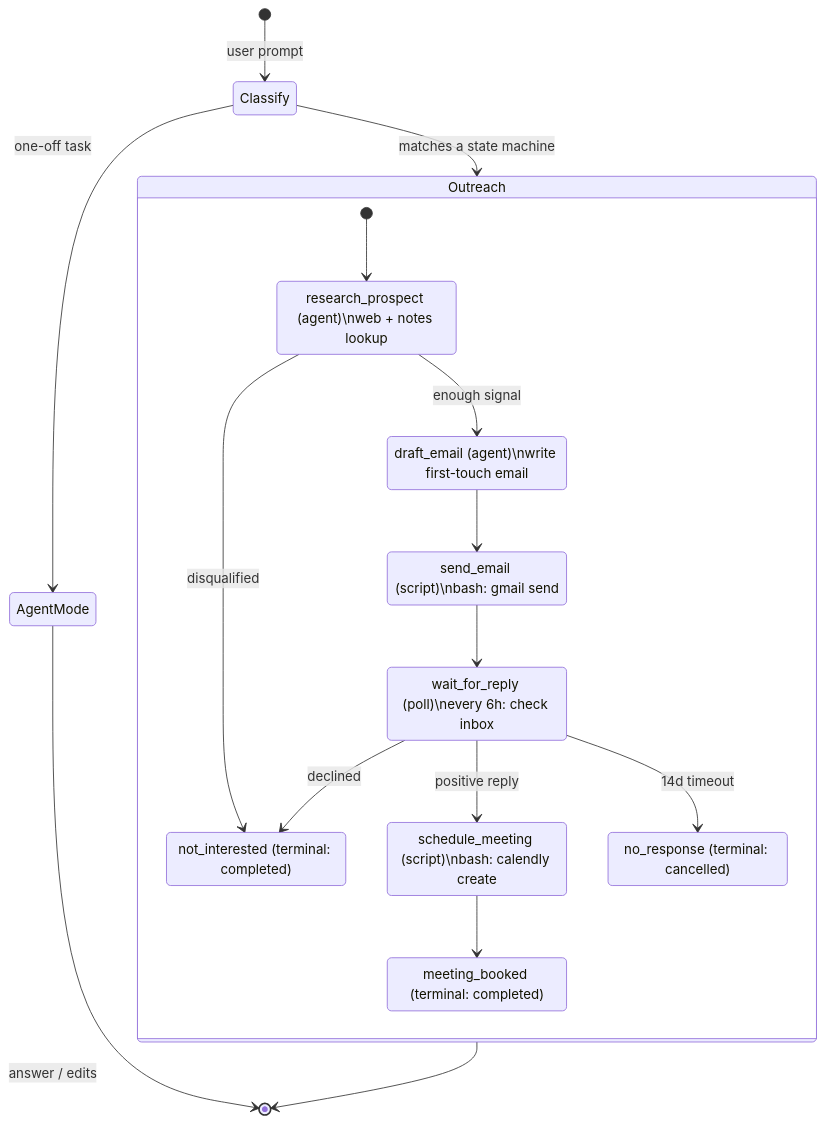
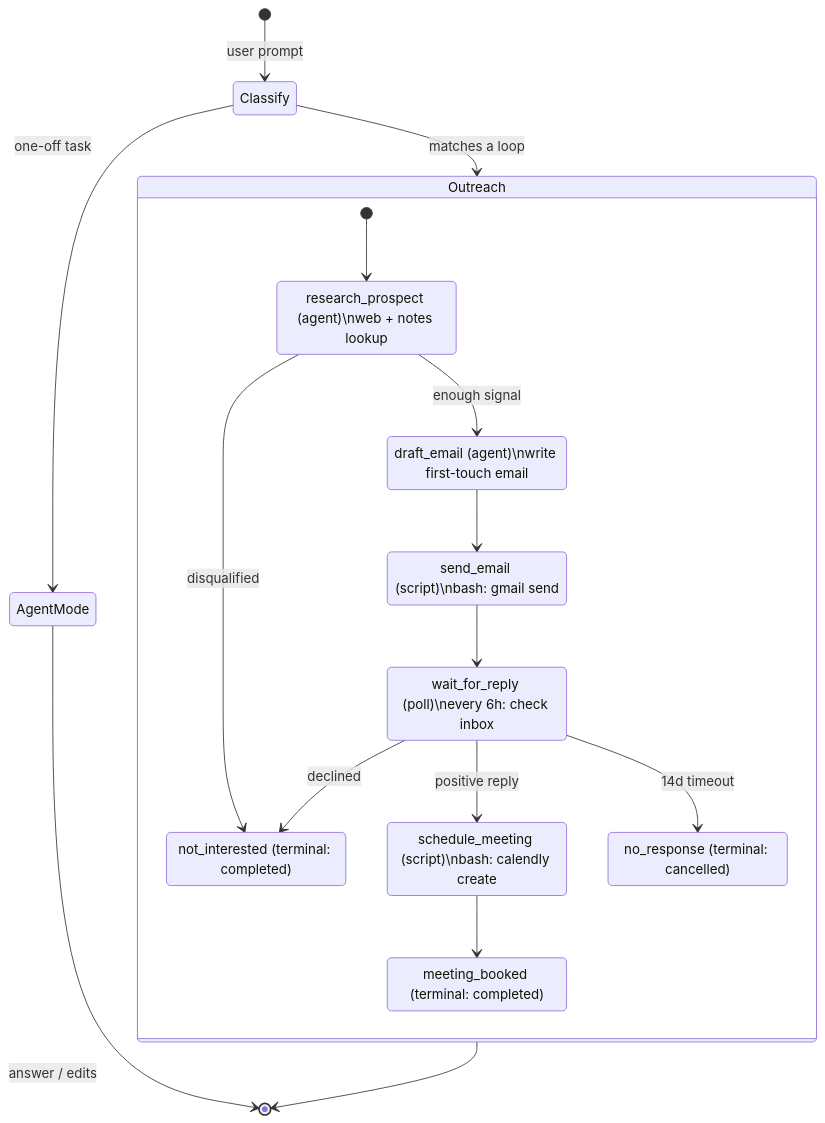
The first of 2 diagrams in README.md (dzhng/duet-agent), drawn with Mermaid before and after one commit. The commit also changed other lines of this file and 4 other files, not shown here.

````diff
--- a/README.md
+++ b/README.md
@@ -38,35 +39,35 @@
 ```mermaid
 stateDiagram-v2
   direction TB
 
   [*] --> Classify : user prompt
   Classify --> AgentMode : one-off task
-  Classify --> Outreach : matches a state machine
+  Classify --> Outreach : matches a loop
 
   AgentMode --> [*] : answer / edits
 
   state Outreach {
     direction TB
     [*] --> research_prospect
 
     research_prospect : research_prospect (agent)\nweb + notes lookup
     draft_email       : draft_email (agent)\nwrite first-touch email
     send_email        : send_email (script)\nbash: gmail send
     wait_for_reply    : wait_for_reply (poll)\nevery 6h: check inbox
     schedule_meeting  : schedule_meeting (script)\nbash: calendly create
     meeting_booked    : meeting_booked (terminal: completed)
     not_interested    : not_interested (terminal: completed)
     no_response       : no_response (terminal: cancelled)
 
     research_prospect --> draft_email     : enough signal
     research_prospect --> not_interested  : disqualified
     draft_email       --> send_email
     send_email        --> wait_for_reply
     wait_for_reply    --> schedule_meeting : positive reply
     wait_for_reply    --> not_interested   : declined
     wait_for_reply    --> no_response      : 14d timeout
     schedule_meeting  --> meeting_booked
   }
 
   Outreach --> [*]
 ```
````
